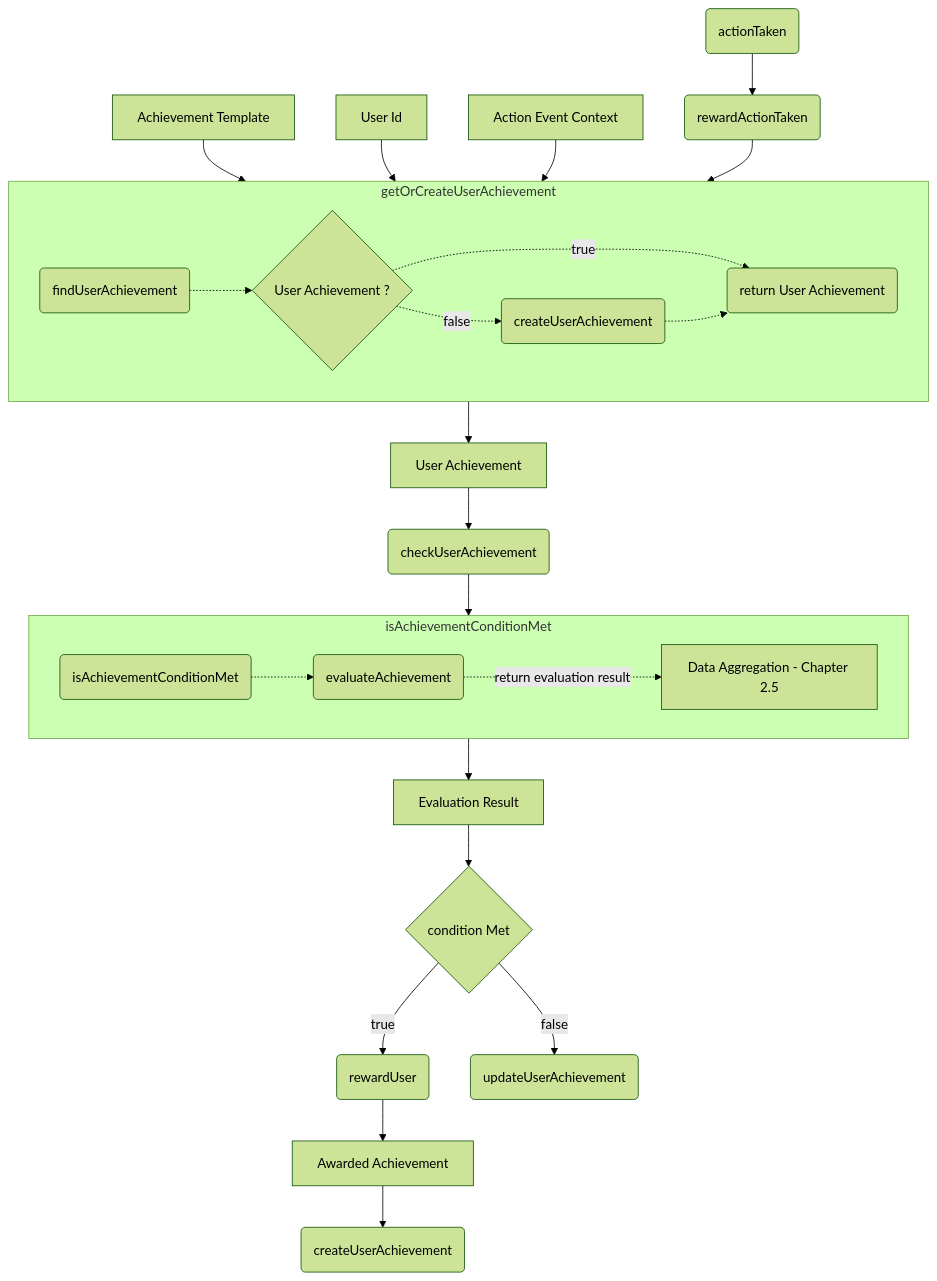
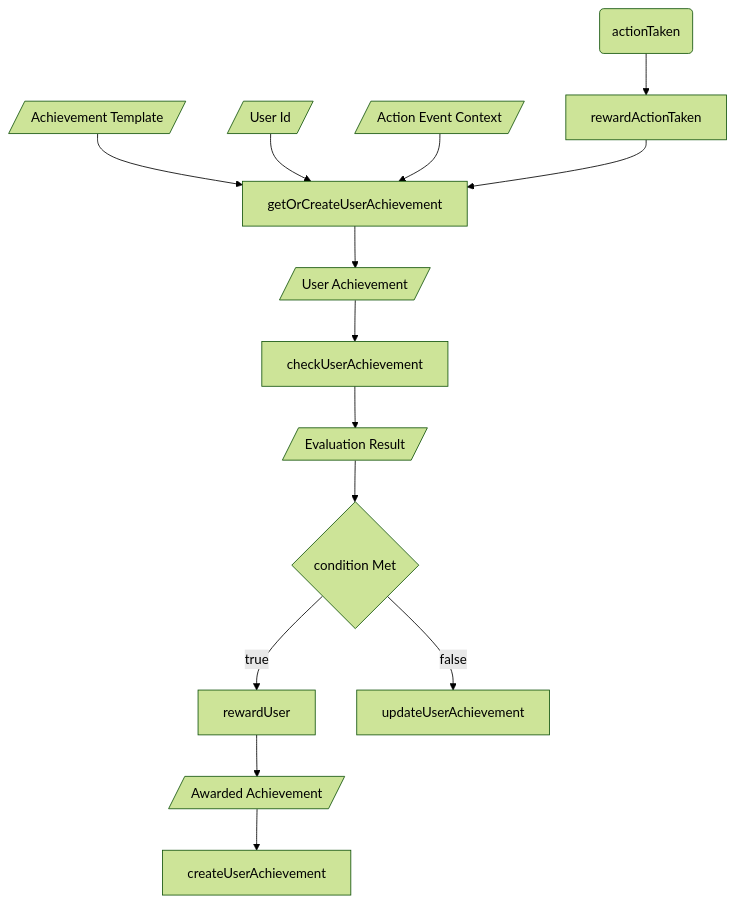
The second of 4 diagrams in common/achievement/Readme.md (corona-school/backend), drawn with Mermaid (forest theme) before and after one commit. The commit also changed other lines of this file, not shown here.

Commit message:
fix: update documentation er diagram

````diff
--- a/common/achievement/Readme.md
+++ b/common/achievement/Readme.md
@@ -121,28 +148,18 @@
 ```mermaid
 flowchart TD
-	A(actionTaken) --> B(rewardActionTaken)
-	C[Achievement Template] --> getOrCreateUserAchievement
-	D[User Id] --> getOrCreateUserAchievement
-	E[Action Event Context] --> getOrCreateUserAchievement
-	B --> getOrCreateUserAchievement
-	getOrCreateUserAchievement --> F[User Achievement]
-	F --> G(checkUserAchievement)
-	G --> isAchievementConditionMet
-	isAchievementConditionMet --> H[Evaluation Result]
+	A(actionTaken) --> B[rewardActionTaken]
+	C[/Achievement Template/] --> N
+	D[/User Id/] --> N
+	E[/Action Event Context/] --> N
+	B --> N
+	N --> F[/User Achievement/]
+	F --> G[checkUserAchievement]
+	G --> H[/Evaluation Result/]
 	H --> L{condition Met}
 	L -->|true| I
-	L -->|false| M(updateUserAchievement)
-	I(rewardUser) --> J[Awarded Achievement]
-	J --> K(createUserAchievement)
+	L -->|false| M[updateUserAchievement]
+	I[rewardUser] --> J[/Awarded Achievement/]
+	J --> K[createUserAchievement]
 
-	subgraph getOrCreateUserAchievement
-		AA(findUserAchievement) -.-> AB{User Achievement ?}
-		AB -.-> |true| AD(return User Achievement)
-		AB -.-> |false| AC(createUserAchievement)
-		AC -.-> AD
-	end
-	subgraph isAchievementConditionMet
-		BA(isAchievementConditionMet) -.-> BB(evaluateAchievement)
-		BB -.-> |return evaluation result| BC[Data Aggregation - Chapter 2.5]
-	end
+	N[getOrCreateUserAchievement]
 ```
````
